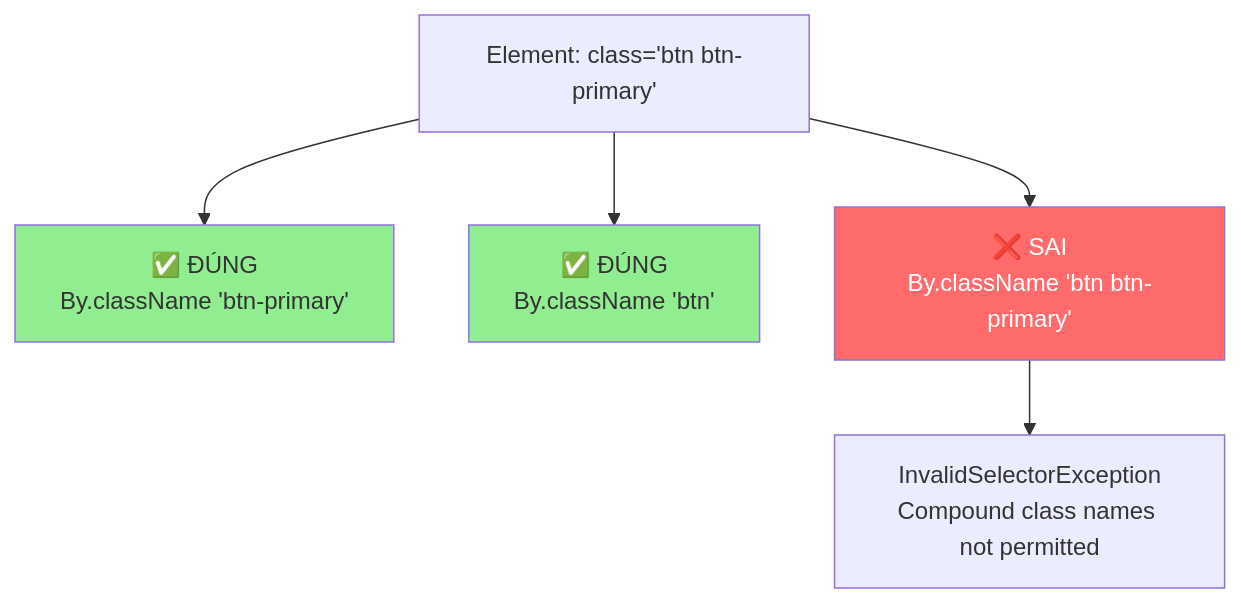
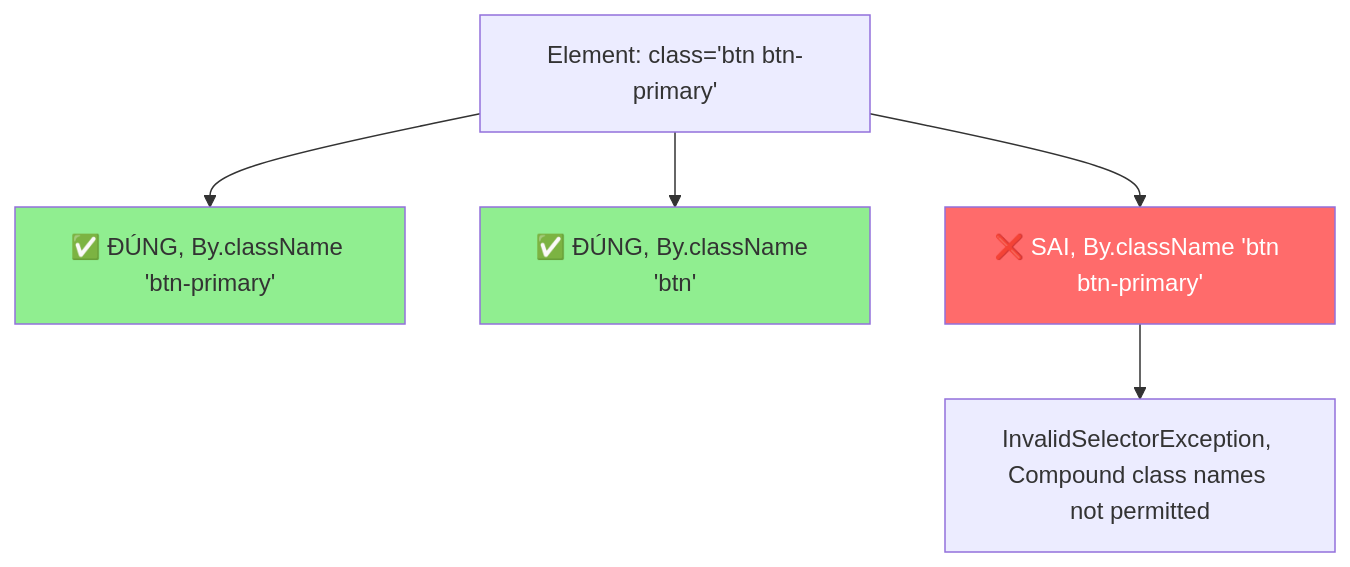
One commit to namnd0806/automation-testing-cource changed the fourth of 6 diagrams in 05-locators-8-strategies.md. Above: the diagram before and after it, drawn with Mermaid. The commit also changed other lines of this file and 4 other files, not shown here.

First line of the commit message:
Fix: Sửa tất cả sơ đồ Mermaid lỗi format

````diff
--- a/05-locators-8-strategies.md
+++ b/05-locators-8-strategies.md
@@ -274,14 +274,14 @@
 ```mermaid
 graph TD
     A[Element: class='btn btn-primary']
     
-    A --> B[✅ ĐÚNG<br/>By.className 'btn-primary']
-    A --> C[✅ ĐÚNG<br/>By.className 'btn']
-    A --> D[❌ SAI<br/>By.className 'btn btn-primary']
+    A --> B[✅ ĐÚNG, By.className 'btn-primary']
+    A --> C[✅ ĐÚNG, By.className 'btn']
+    A --> D[❌ SAI, By.className 'btn btn-primary']
     
-    D --> E[InvalidSelectorException<br/>Compound class names not permitted]
+    D --> E[InvalidSelectorException, Compound class names not permitted]
     
     style B fill:#90EE90
     style C fill:#90EE90
     style D fill:#FF6B6B,color:#fff
 ```
````
